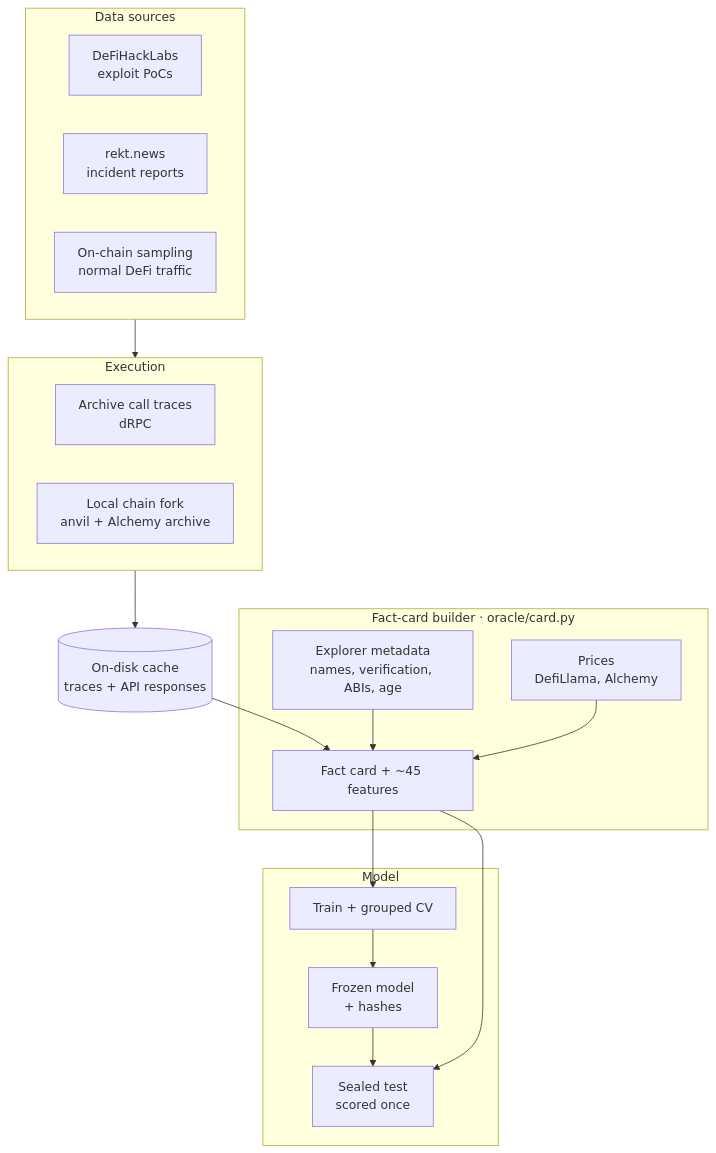
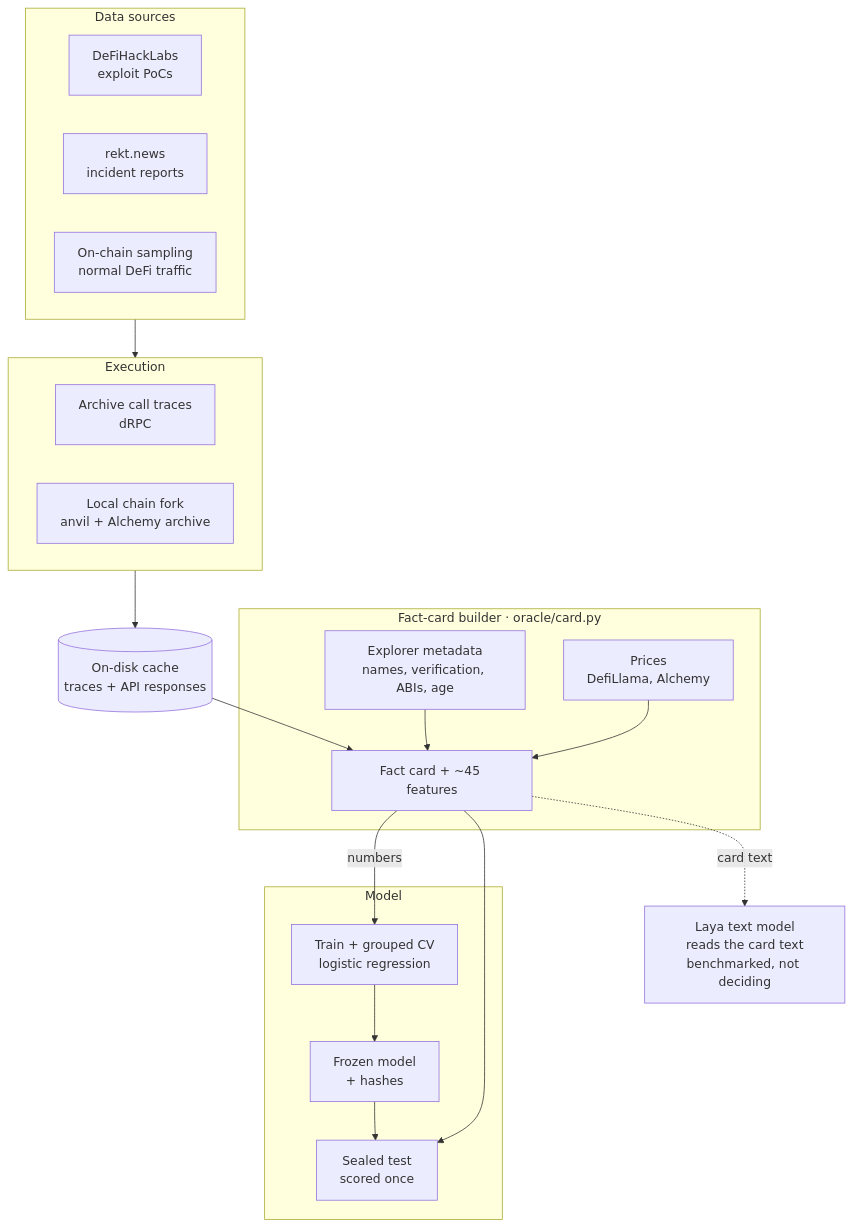
One commit to fuzious/Croft changed the first of 4 diagrams in README.md. Above: the diagram before and after it, drawn with Mermaid. The commit also changed other lines of this file and 2 other files, not shown here.

````diff
--- a/README.md
+++ b/README.md
@@ -14,26 +14,28 @@
 ```mermaid
 flowchart TB
     subgraph SRC[Data sources]
         DHL[DeFiHackLabs<br/>exploit PoCs]
         REKT[rekt.news<br/>incident reports]
         NORM[On-chain sampling<br/>normal DeFi traffic]
     end
     subgraph EXE[Execution]
         TRACE[Archive call traces<br/>dRPC]
         FORK[Local chain fork<br/>anvil + Alchemy archive]
     end
     subgraph CARD[Fact-card builder · oracle/card.py]
         META[Explorer metadata<br/>names, verification, ABIs, age]
         PRICE[Prices<br/>DefiLlama, Alchemy]
         FC[Fact card + ~45 features]
     end
     CACHE[(On-disk cache<br/>traces + API responses)]
     subgraph MODEL[Model]
-        TRAIN[Train + grouped CV] --> FREEZE[Frozen model<br/>+ hashes] --> SCORE[Sealed test<br/>scored once]
+        TRAIN[Train + grouped CV<br/>logistic regression] --> FREEZE[Frozen model<br/>+ hashes] --> SCORE[Sealed test<br/>scored once]
     end
+    LAYA[Laya text model<br/>reads the card text<br/>benchmarked, not deciding]
     SRC --> EXE --> CACHE --> FC
     META --> FC
     PRICE --> FC
-    FC --> TRAIN
+    FC -- numbers --> TRAIN
     FC --> SCORE
+    FC -. card text .-> LAYA
 ```
````
